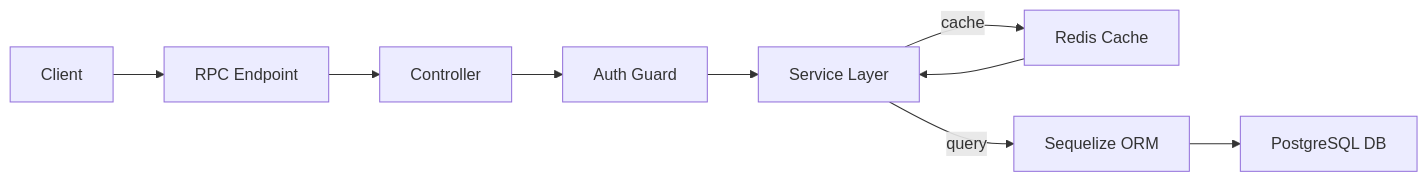
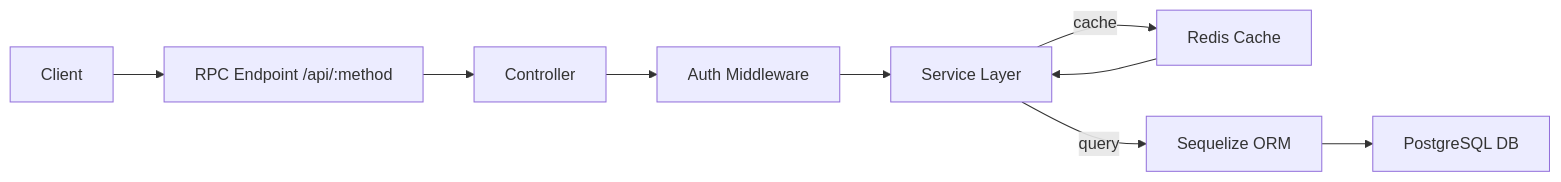
Before and after one commit to LZStarV/course_schedule_system: the first of 2 diagrams in apps/backend/README.md, drawn with Mermaid. The commit also changed other lines of this file and 21 other files, not shown here.

````diff
--- a/apps/backend/README.md
+++ b/apps/backend/README.md
@@ -11,11 +11,11 @@
 ```mermaid
 flowchart LR
-  A[Client] --> B[RPC Endpoint]
+  A[Client] --> B[RPC Endpoint /api/:method]
   B --> C[Controller]
-  C --> D[Auth Guard]
+  C --> D[Auth Middleware]
   D --> E[Service Layer]
   E -->|cache| F[Redis Cache]
   E -->|query| G[Sequelize ORM]
   G --> H[PostgreSQL DB]
   F --> E
 ```
````
